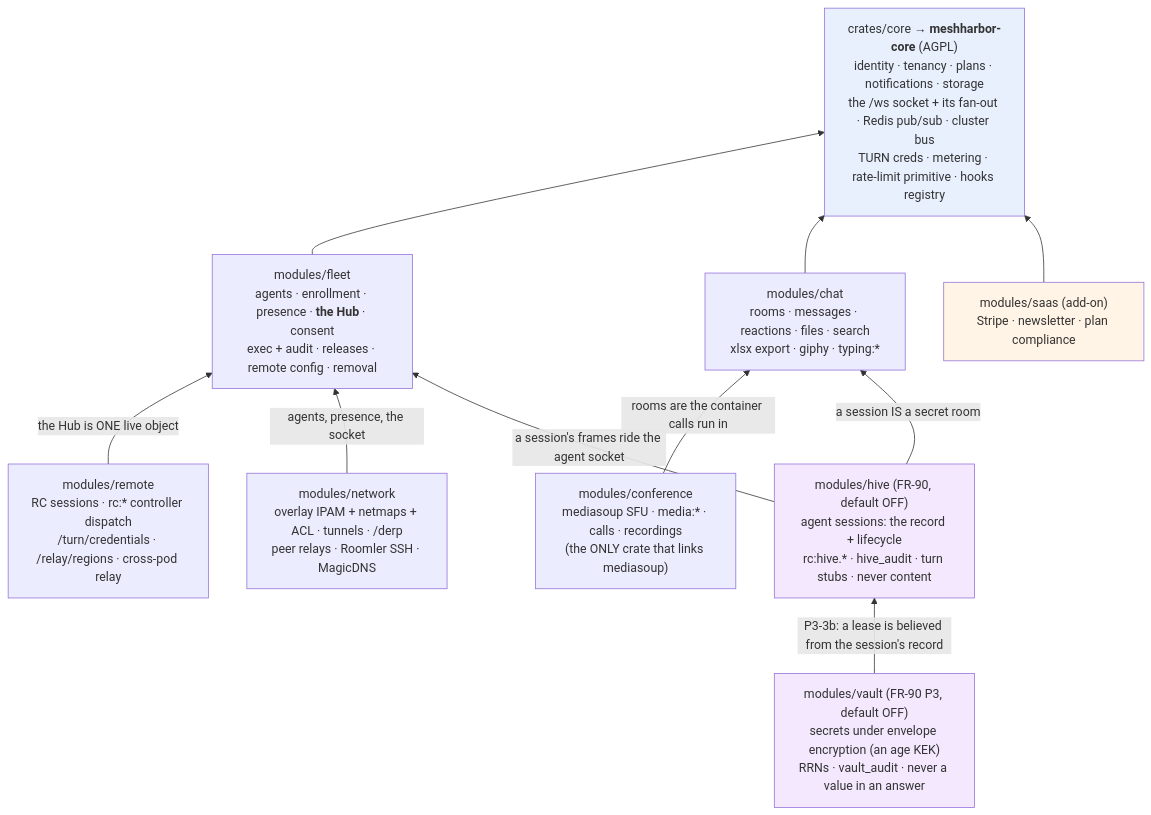
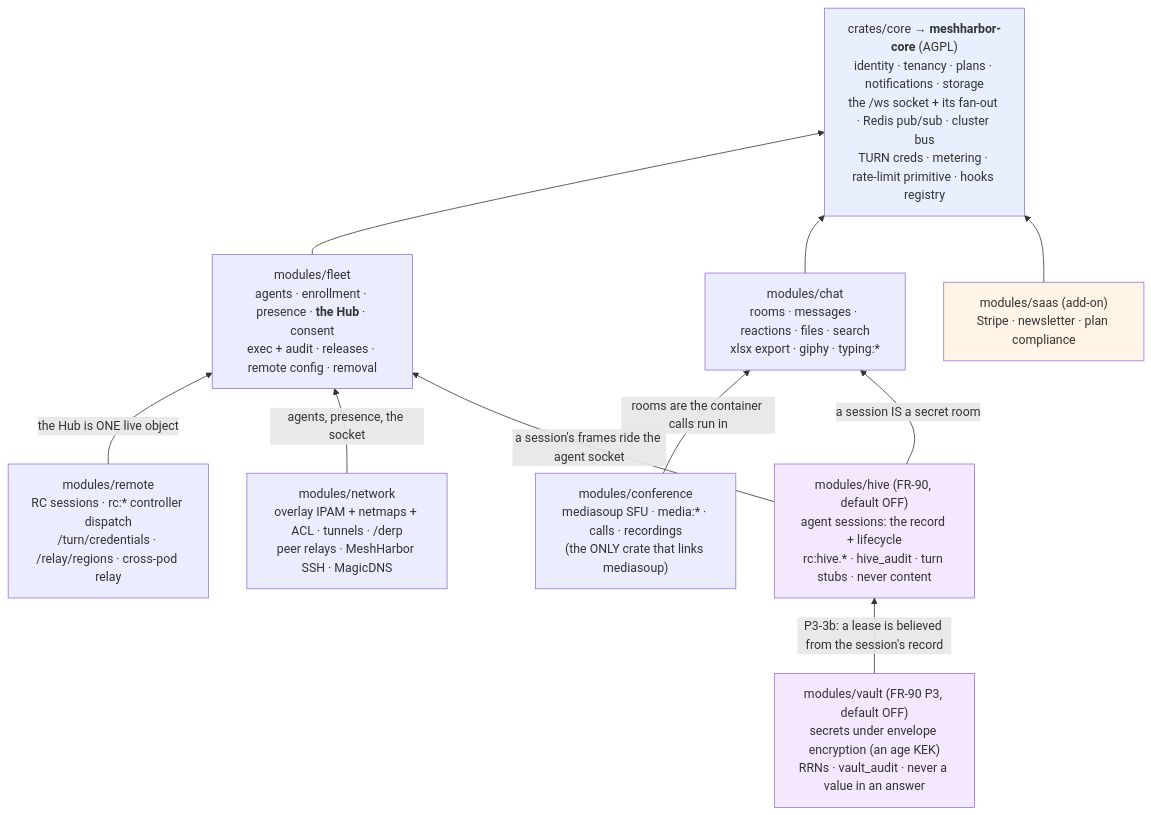
Before and after one commit to jk-zhang-meta/MeshHarbor: the first of 8 diagrams in docs/modular-monolith.md, drawn with Mermaid. The commit also changed other lines of this file and 682 other files, not shown here.

````diff
--- a/docs/modular-monolith.md
+++ b/docs/modular-monolith.md
@@ -21,25 +21,25 @@
 ```mermaid
 flowchart BT
     core["crates/core → <b>meshharbor-core</b> (AGPL)<br/>identity · tenancy · plans · notifications · storage<br/>the /ws socket + its fan-out · Redis pub/sub · cluster bus<br/>TURN creds · metering · rate-limit primitive · hooks registry"]
     fleet["modules/fleet<br/>agents · enrollment · presence · <b>the Hub</b> · consent<br/>exec + audit · releases · remote config · removal"]
     chat["modules/chat<br/>rooms · messages · reactions · files · search<br/>xlsx export · giphy · typing:*"]
     conference["modules/conference<br/>mediasoup SFU · media:* · calls · recordings<br/>(the ONLY crate that links mediasoup)"]
     remote["modules/remote<br/>RC sessions · rc:* controller dispatch<br/>/turn/credentials · /relay/regions · cross-pod relay"]
-    network["modules/network<br/>overlay IPAM + netmaps + ACL · tunnels · /derp<br/>peer relays · Roomler SSH · MagicDNS"]
+    network["modules/network<br/>overlay IPAM + netmaps + ACL · tunnels · /derp<br/>peer relays · MeshHarbor SSH · MagicDNS"]
     saas["modules/saas (add-on)<br/>Stripe · newsletter · plan compliance"]
     hive["modules/hive (FR-90, default OFF)<br/>agent sessions: the record + lifecycle<br/>rc:hive.* · hive_audit · turn stubs · never content"]
     vault["modules/vault (FR-90 P3, default OFF)<br/>secrets under envelope encryption (an age KEK)<br/>RRNs · vault_audit · never a value in an answer"]
     fleet --> core
     chat --> core
     saas --> core
     conference -->|"rooms are the container calls run in"| chat
     remote -->|"the Hub is ONE live object"| fleet
     network -->|"agents, presence, the socket"| fleet
     hive -->|"a session's frames ride the agent socket"| fleet
     hive -->|"a session IS a secret room"| chat
     vault -->|"P3-3b: a lease is believed from the session's record"| hive
     style core fill:#e8f0fe
     style saas fill:#fff4e5
     style hive fill:#f3e8fd
     style vault fill:#f3e8fd
 ```
````
